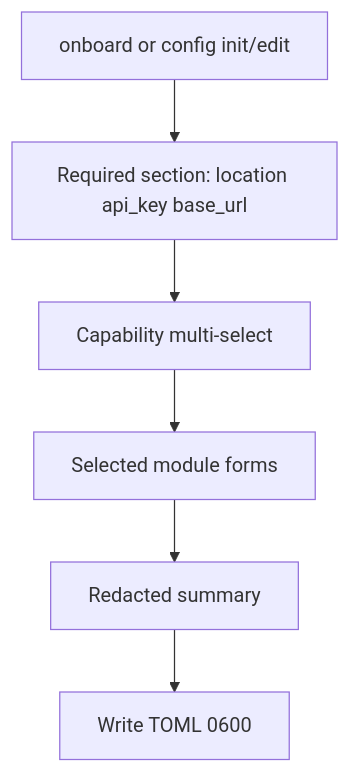
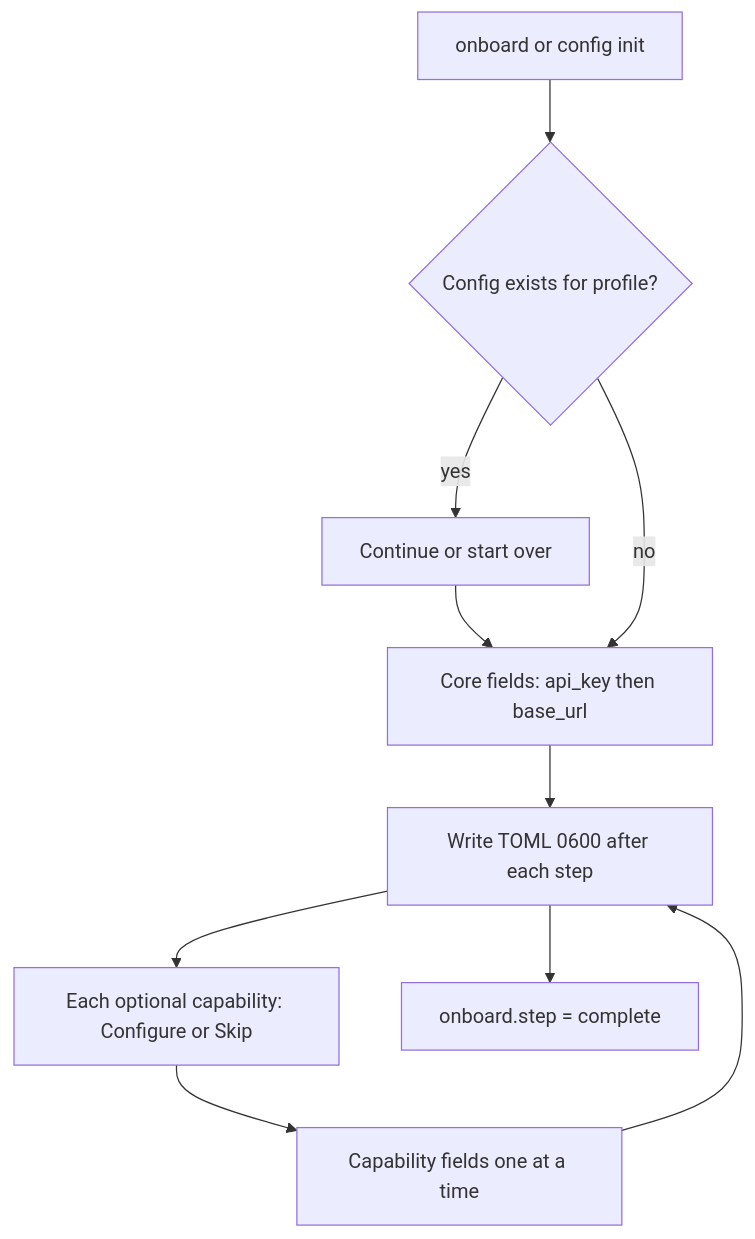
Before and after one commit to cisco-ai-defense/ai-defense-cli: the first of 2 diagrams in docs/specs/006-cli-config/design.md, drawn with Mermaid. The commit also changed other lines of this file and 32 other files, not shown here.

````diff
--- a/docs/specs/006-cli-config/design.md
+++ b/docs/specs/006-cli-config/design.md
@@ -5,11 +7,19 @@
 ```mermaid
 flowchart TD
-  entry[onboard or config init/edit]
-  required[Required section: location api_key base_url]
-  hub[Capability multi-select]
-  modules[Selected module forms]
-  summary[Redacted summary]
-  write[Write TOML 0600]
+  entry[onboard or config init]
+  existing{Config exists for profile?}
+  pick[Continue or start over]
+  core[Core fields: api_key then base_url]
+  hub[Each optional capability: Configure or Skip]
+  modules[Capability fields one at a time]
+  write[Write TOML 0600 after each step]
 
-  entry --> required --> hub --> modules --> summary --> write
+  entry --> existing
+  existing -->|yes| pick --> core
+  existing -->|no| core
+  core --> write
+  write --> hub
+  hub --> modules
+  modules --> write
+  write --> complete[onboard.step = complete]
 ```
````
